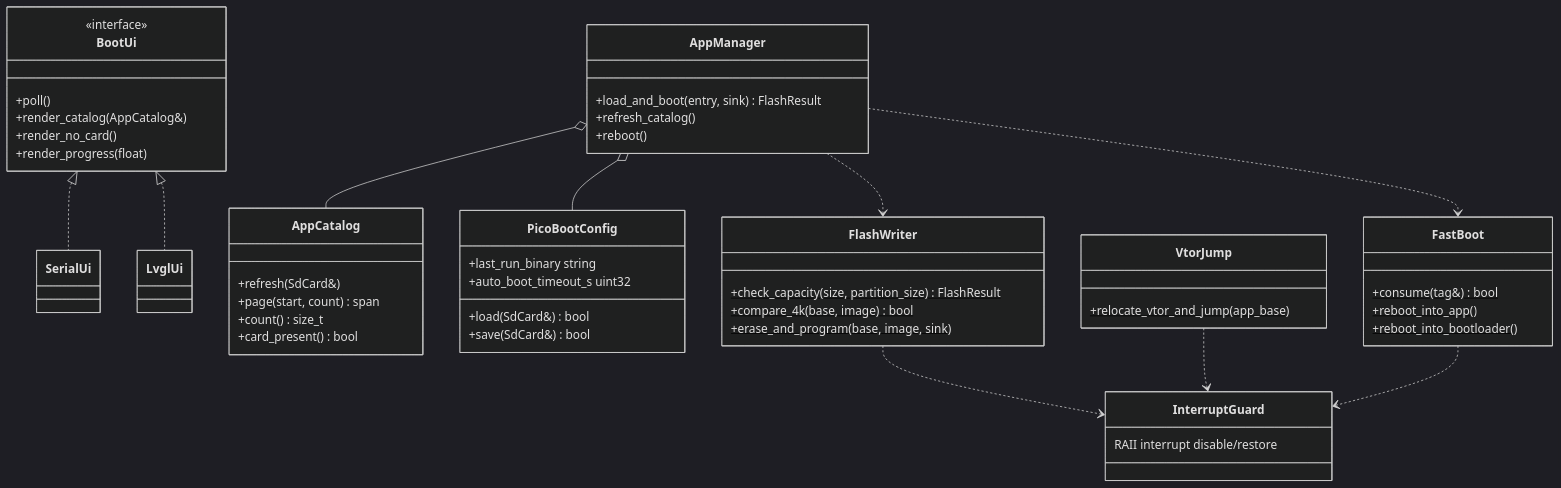
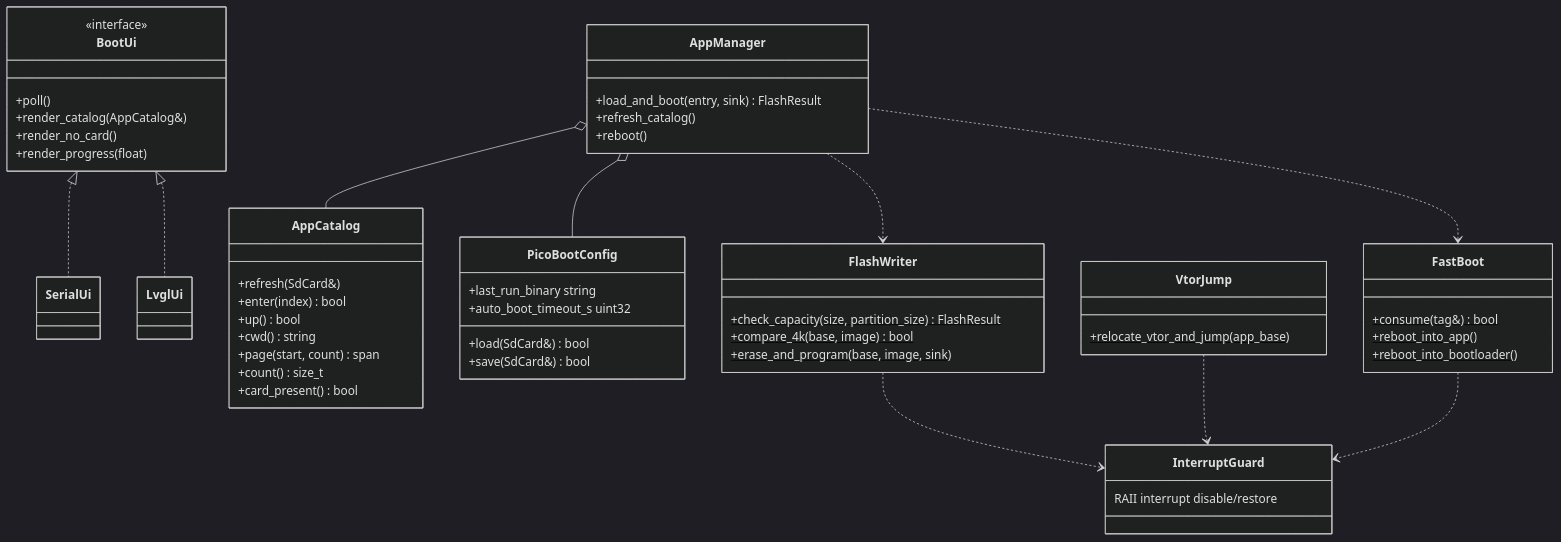
Before and after one commit to lohengrin/PicoBoot: the second of 3 diagrams in docs/architecture.md, drawn with Mermaid (dark theme). The commit also changed other lines of this file and 10 other files, not shown here.

````diff
--- a/docs/architecture.md
+++ b/docs/architecture.md
@@ -93,56 +93,59 @@
 ```mermaid
 classDiagram
     class BootUi {
         <<interface>>
         +poll()
         +render_catalog(AppCatalog&)
         +render_no_card()
         +render_progress(float)
     }
     class SerialUi
     class LvglUi
     BootUi <|.. SerialUi
     BootUi <|.. LvglUi
 
     class AppManager {
         +load_and_boot(entry, sink) FlashResult
         +refresh_catalog()
         +reboot()
     }
     class AppCatalog {
         +refresh(SdCard&)
+        +enter(index) bool
+        +up() bool
+        +cwd() string
         +page(start, count) span
         +count() size_t
         +card_present() bool
     }
     class PicoBootConfig {
         +load(SdCard&) bool
         +save(SdCard&) bool
         +last_run_binary string
         +auto_boot_timeout_s uint32
     }
     class FlashWriter {
         +check_capacity(size, partition_size)$ FlashResult
         +compare_4k(base, image)$ bool
         +erase_and_program(base, image, sink)$
     }
     class VtorJump {
         +relocate_vtor_and_jump(app_base)$
     }
     class FastBoot {
         +consume(tag&)$ bool
         +reboot_into_app()$
         +reboot_into_bootloader()$
     }
     class InterruptGuard {
         RAII interrupt disable/restore
     }
 
     AppManager o-- AppCatalog
     AppManager o-- PicoBootConfig
     AppManager ..> FlashWriter
     AppManager ..> FastBoot
     FlashWriter ..> InterruptGuard
     VtorJump ..> InterruptGuard
     FastBoot ..> InterruptGuard
 ```
````
